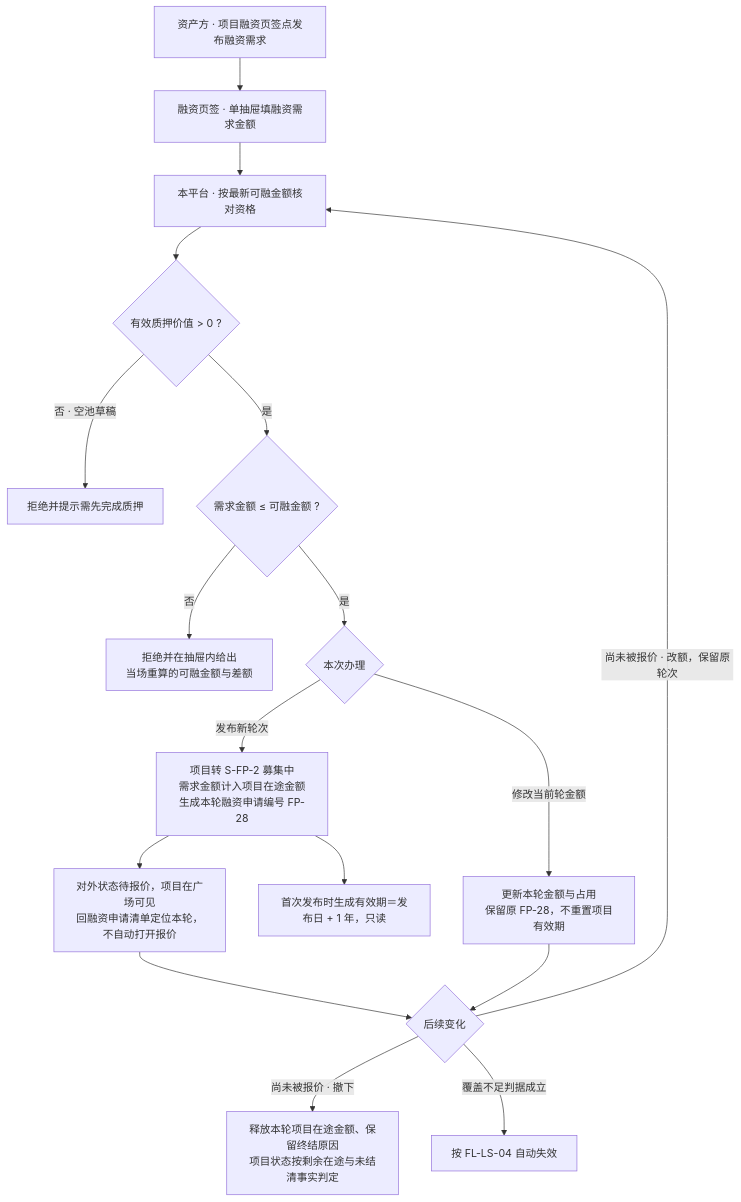
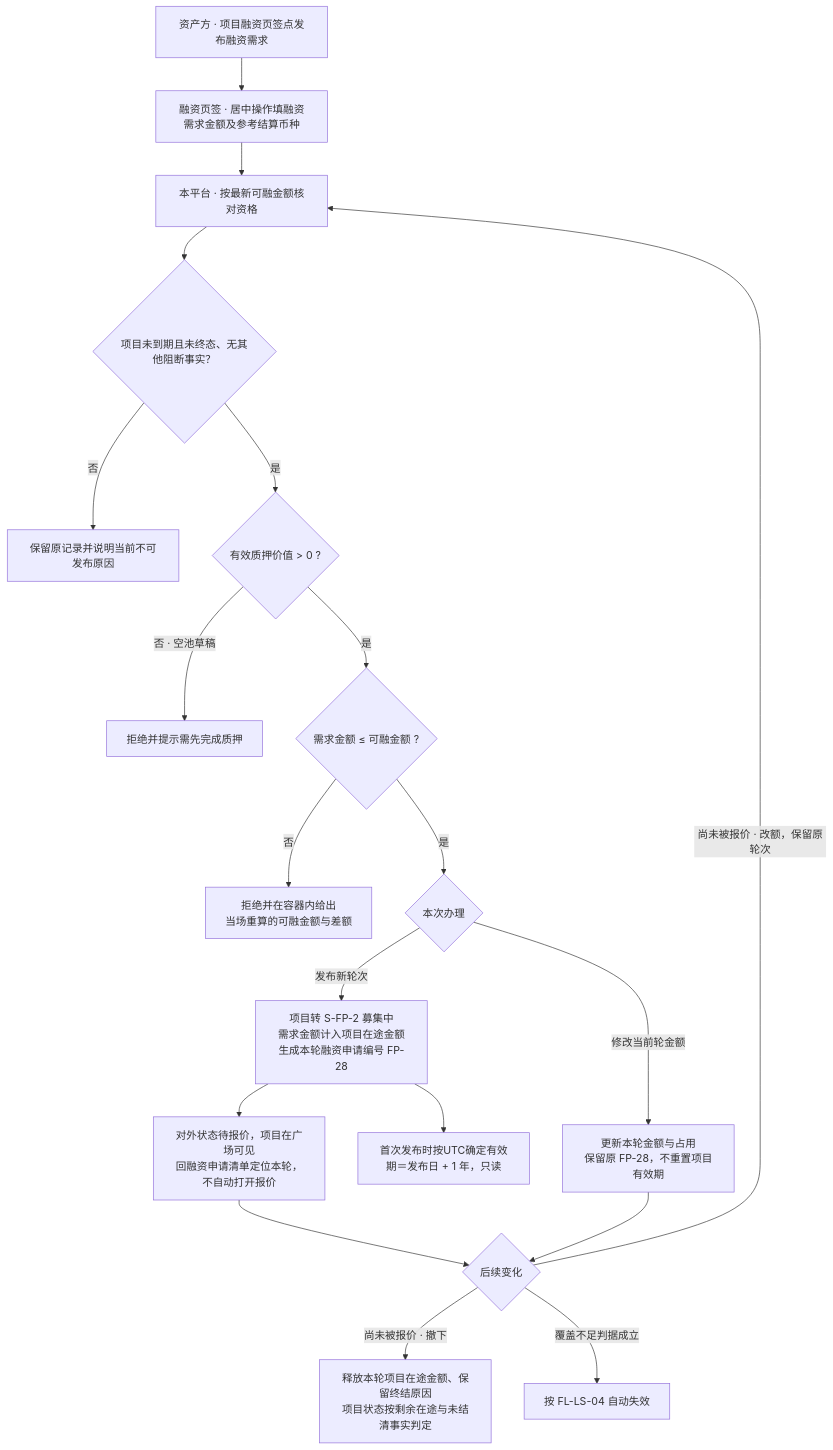
Before and after one commit to wxblockchain/Chain-Financing: the second of 10 diagrams in lending-platform/PRD/v1.0-借贷广场-融资需求与代币质押/v1.0-借贷广场-融资需求与代币质押-流程图与状态机.md, drawn with Mermaid. The commit also changed other lines of this file and 4 other files, not shown here.

````diff
--- a/lending-platform/PRD/v1.0-借贷广场-融资需求与代币质押/v1.0-借贷广场-融资需求与代币质押-流程图与状态机.md
+++ b/lending-platform/PRD/v1.0-借贷广场-融资需求与代币质押/v1.0-借贷广场-融资需求与代币质押-流程图与状态机.md
@@ -58,19 +58,21 @@
 ```mermaid
 flowchart TD
-  A["资产方 · 项目融资页签点发布融资需求"] --> B["融资页签 · 单抽屉填融资需求金额"]
+  A["资产方 · 项目融资页签点发布融资需求"] --> B["融资页签 · 居中操作填融资需求金额及参考结算币种"]
   B --> C["本平台 · 按最新可融金额核对资格"]
-  C --> D{"有效质押价值 > 0 ?"}
+  C --> P{"项目未到期且未终态、无其他阻断事实？"}
+  P -- "否" --> STOP["保留原记录并说明当前不可发布原因"]
+  P -- "是" --> D{"有效质押价值 > 0 ?"}
   D -- "否 · 空池草稿" --> E["拒绝并提示需先完成质押"]
   D -- "是" --> F{"需求金额 ≤ 可融金额 ?"}
-  F -- "否" --> G["拒绝并在抽屉内给出<br/>当场重算的可融金额与差额"]
+  F -- "否" --> G["拒绝并在容器内给出<br/>当场重算的可融金额与差额"]
   F -- "是" --> T{"本次办理"}
   T -- "发布新轮次" --> H["项目转 S-FP-2 募集中<br/>需求金额计入项目在途金额<br/>生成本轮融资申请编号 FP-28"]
   T -- "修改当前轮金额" --> R["更新本轮金额与占用<br/>保留原 FP-28，不重置项目有效期"]
-  H --> I["首次发布时生成有效期＝发布日 + 1 年，只读"]
+  H --> I["首次发布时按UTC确定有效期＝发布日 + 1 年，只读"]
   H --> J["对外状态待报价，项目在广场可见<br/>回融资申请清单定位本轮，不自动打开报价"]
   J --> K{"后续变化"}
   R --> K
   K -- "尚未被报价 · 改额，保留原轮次" --> C
   K -- "尚未被报价 · 撤下" --> L["释放本轮项目在途金额、保留终结原因<br/>项目状态按剩余在途与未结清事实判定"]
   K -- "覆盖不足判据成立" --> M["按 FL-LS-04 自动失效"]
 ```
````
